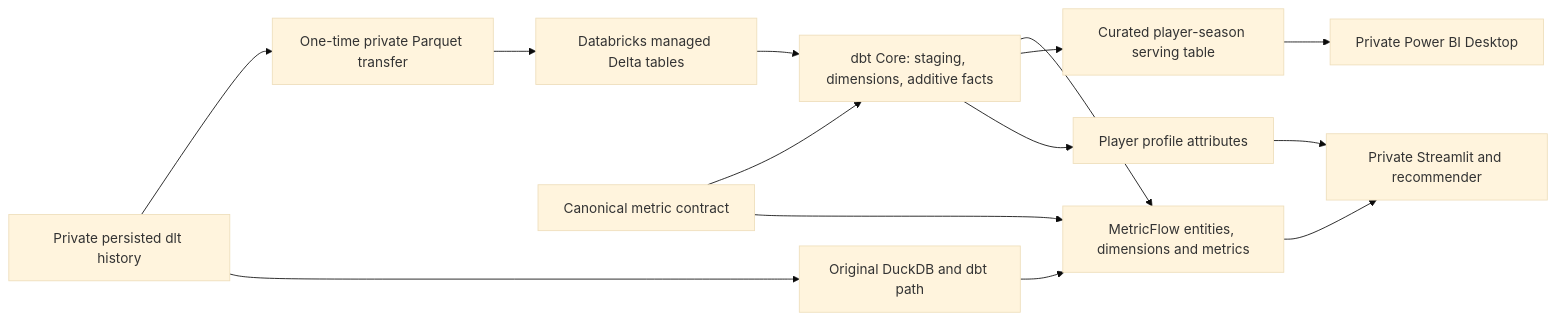
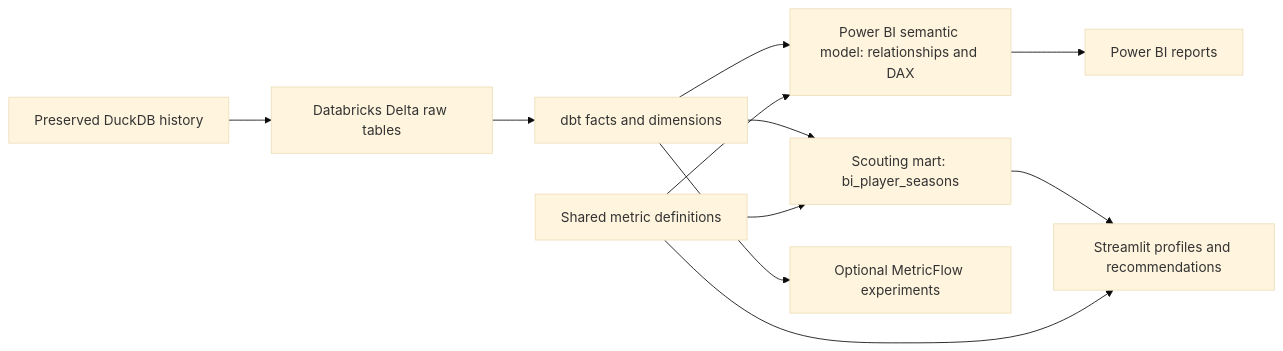
The diagram in README.md (hquantran/soccer-analytics), drawn with Mermaid (base theme) before and after one commit. The commit also changed other lines of this file and 13 other files, not shown here.

Commit message:
separate Power BI semantic model from Streamlit scouting mart

````diff
--- a/README.md
+++ b/README.md
@@ -16,16 +16,13 @@
 ```mermaid
 flowchart LR
-    History[Private persisted dlt history] --> Parquet[One-time private Parquet transfer]
-    Parquet --> Delta[Databricks managed Delta tables]
-    Delta --> DBT[dbt Core: staging, dimensions, additive facts]
-    DBT --> Semantics[MetricFlow entities, dimensions and metrics]
-    DBT --> BI[Curated player-season serving table]
-    Contract[Canonical metric contract] --> DBT
-    Contract --> Semantics
-    Semantics --> Local[Private Streamlit and recommender]
-    DBT --> Attributes[Player profile attributes]
-    Attributes --> Local
-    BI --> PowerBI[Private Power BI Desktop]
-    History --> DuckDB[Original DuckDB and dbt path]
-    DuckDB --> Semantics
+    History[Preserved DuckDB history] --> Delta[Databricks Delta raw tables]
+    Delta --> DBT[dbt facts and dimensions]
+    DBT --> PBIModel[Power BI semantic model: relationships and DAX]
+    PBIModel --> PBI[Power BI reports]
+    DBT --> Mart[Scouting mart: bi_player_seasons]
+    Mart --> App[Streamlit profiles and recommendations]
+    Contract[Shared metric definitions] --> Mart
+    Contract --> PBIModel
+    Contract --> App
+    DBT --> MF[Optional MetricFlow experiments]
 ```
````
